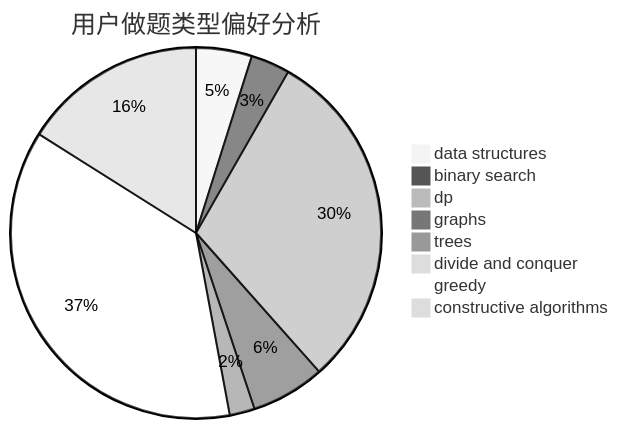
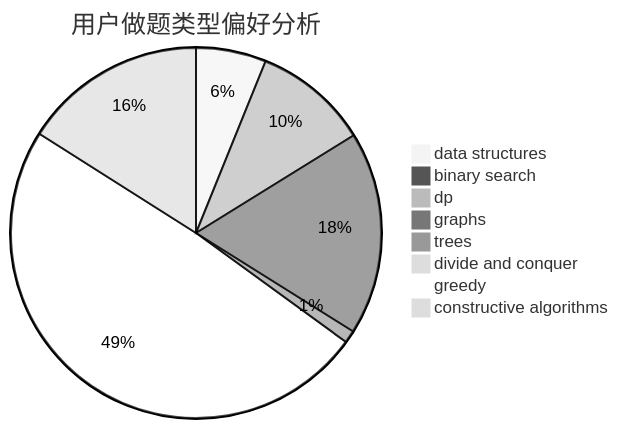
One commit to sherpahu/cfrs.github.io changed the second of 3 diagrams in docs/user/u92.md. Above: the diagram before and after it, drawn with Mermaid (neutral theme). The commit also changed other lines of this file and 2770 other files, not shown here.

````diff
--- a/docs/user/u92.md
+++ b/docs/user/u92.md
@@ -23,11 +23,11 @@
 ```mermaid
 pie title 用户做题类型偏好分析
-    "data structures" :  40
-    "binary search" :  28
-    "dp" :  248
-    "graphs" :  53
-    "trees" :  18
-    "divide and conquer" :  8
-    "greedy" :  303
-    "constructive algorithms" :  132
+    "data structures" :  39
+    "binary search" :  5
+    "dp" :  64
+    "graphs" :  113
+    "trees" :  7
+    "divide and conquer" :  0
+    "greedy" :  312
+    "constructive algorithms" :  102
 ```
````
